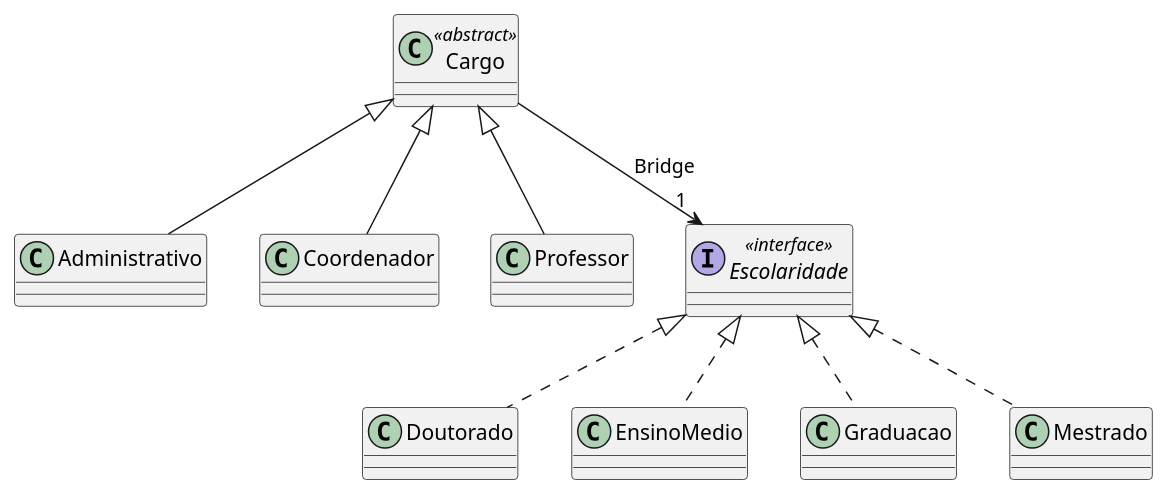
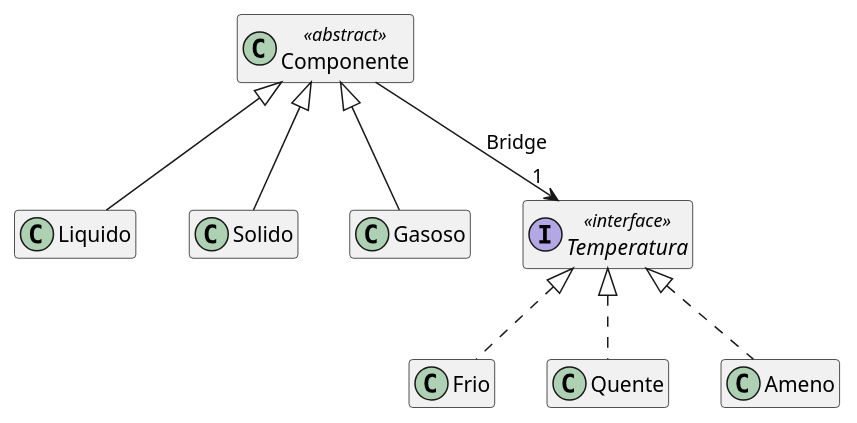
The diagram in classes.puml (B4Hive/Bridge-DCC078-2026-3-A), drawn with PlantUML before and after one commit. The commit also changed 13 other files, not shown here.

```diff
--- a/classes.puml
+++ b/classes.puml
@@ -1,16 +1,17 @@
 @startuml Class
 
-class Cargo <<abstract>>
-class Administrativo extends Cargo
-class Coordenador extends Cargo
-class Professor extends Cargo
+hide members
 
-interface Escolaridade <<interface>>
-class Doutorado implements Escolaridade
-class EnsinoMedio implements Escolaridade
-class Graduacao implements Escolaridade
-class Mestrado implements Escolaridade
+class Componente <<abstract>>
+class Liquido extends Componente
+class Solido extends Componente
+class Gasoso extends Componente
 
-Cargo --> "1" Escolaridade : Bridge
+interface Temperatura <<interface>>
+class Frio implements Temperatura
+class Quente implements Temperatura
+class Ameno implements Temperatura
+
+Componente --> "1" Temperatura : Bridge
 
 @enduml
```
